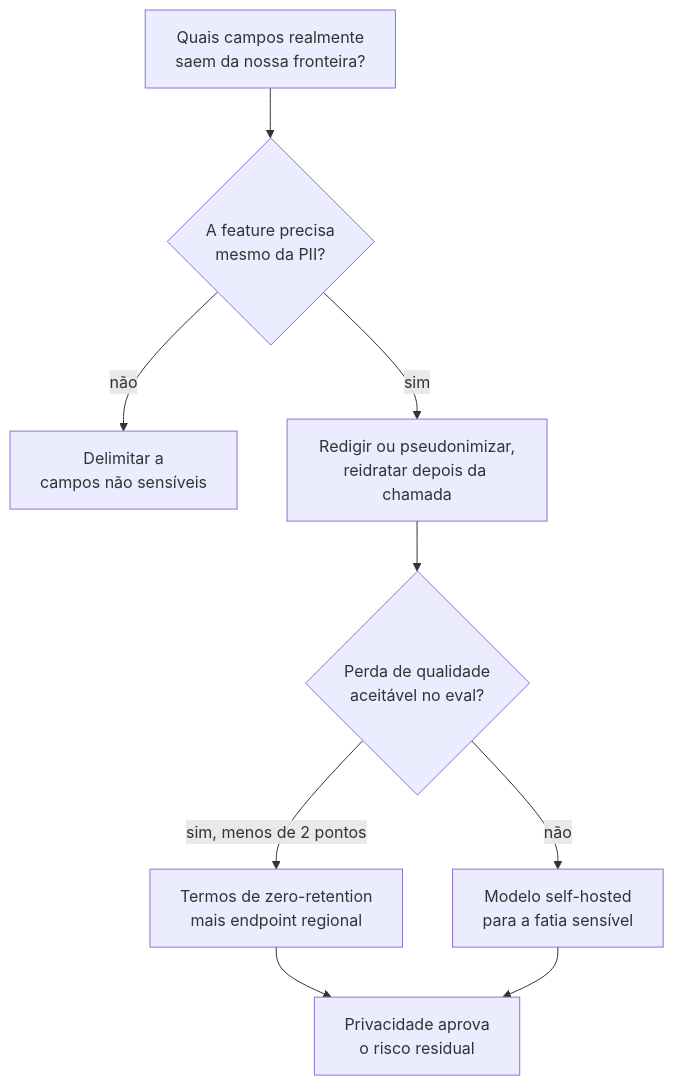
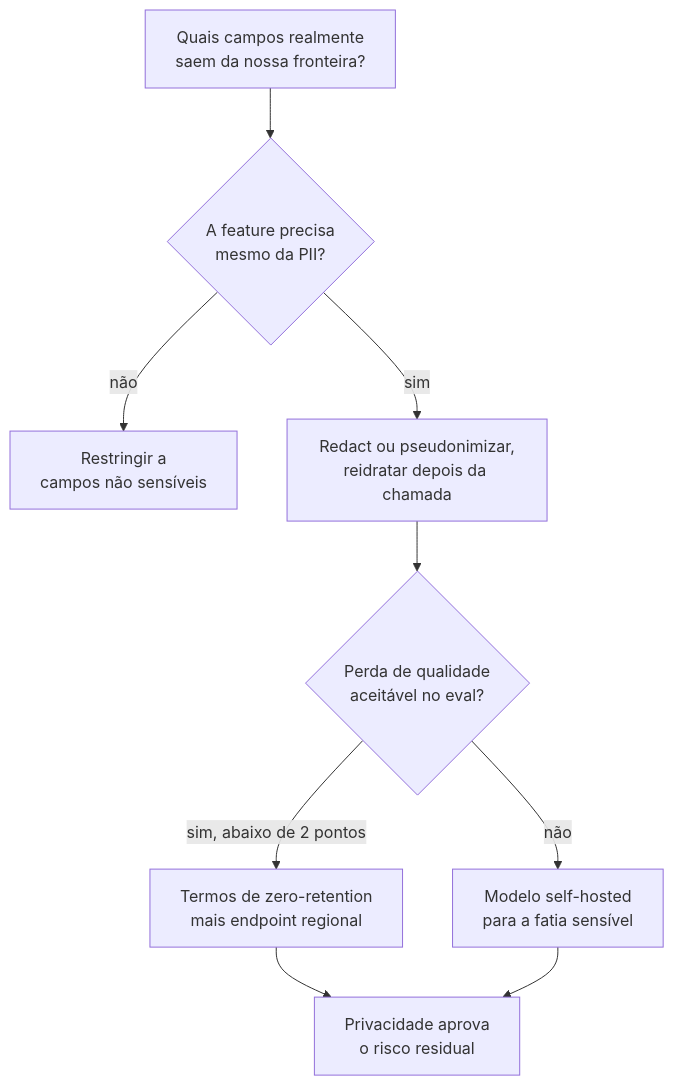
The ninth of 13 diagrams in 13-interview-process-and-behavioral/questions.pt-BR.md (andrevberaldo/AI-Engineer-Interview-Questions), drawn with Mermaid before and after one commit. The commit also changed other lines of this file and 1 other file, not shown here.

````diff
--- a/13-interview-process-and-behavioral/questions.pt-BR.md
+++ b/13-interview-process-and-behavioral/questions.pt-BR.md
@@ -643,11 +643,11 @@
 ```mermaid
 flowchart TD
     A["Quais campos realmente<br/>saem da nossa fronteira?"] --> B{"A feature precisa<br/>mesmo da PII?"}
-    B -->|"não"| C["Delimitar a<br/>campos não sensíveis"]
-    B -->|"sim"| D["Redigir ou pseudonimizar,<br/>reidratar depois da chamada"]
+    B -->|"não"| C["Restringir a<br/>campos não sensíveis"]
+    B -->|"sim"| D["Redact ou pseudonimizar,<br/>reidratar depois da chamada"]
     D --> E{"Perda de qualidade<br/>aceitável no eval?"}
-    E -->|"sim, menos de 2 pontos"| F["Termos de zero-retention<br/>mais endpoint regional"]
+    E -->|"sim, abaixo de 2 pontos"| F["Termos de zero-retention<br/>mais endpoint regional"]
     E -->|"não"| G["Modelo self-hosted<br/>para a fatia sensível"]
     F --> H["Privacidade aprova<br/>o risco residual"]
     G --> H
 ```
````
